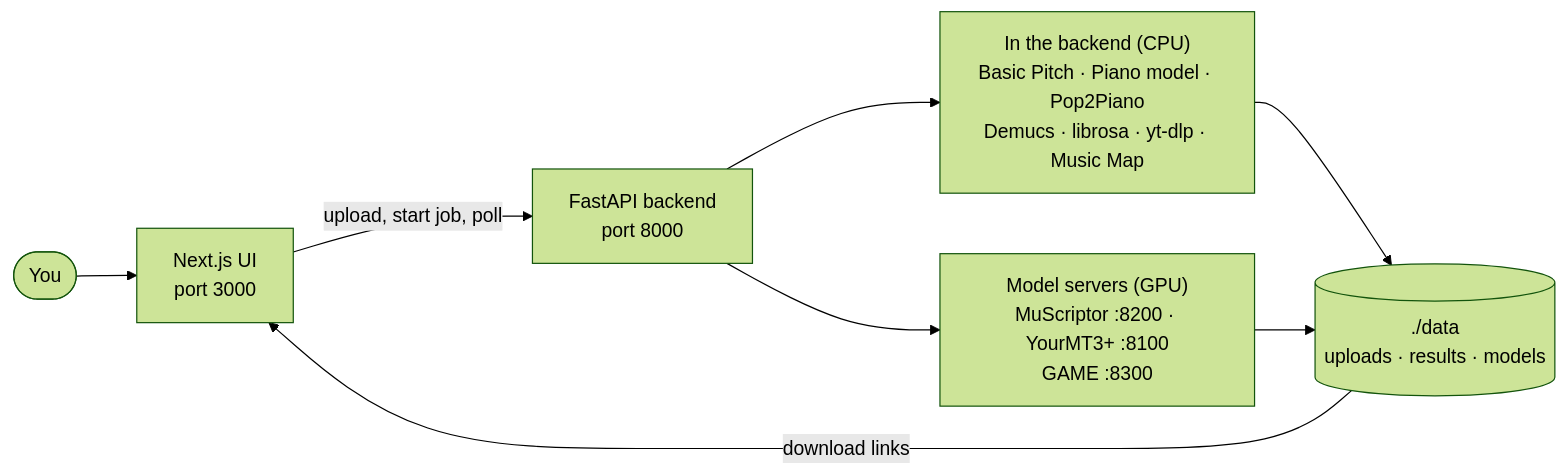
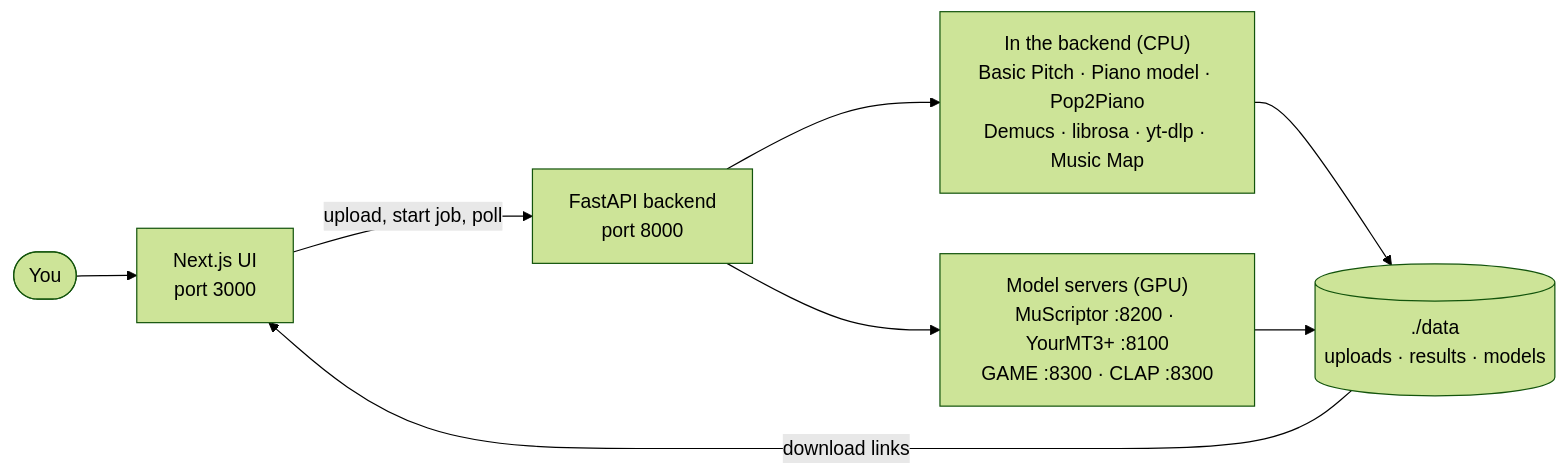
Before and after one commit to agangdut/supermusic: the diagram in README.md, drawn with Mermaid (forest theme). The commit also changed other lines of this file and 62 other files, not shown here.

````diff
--- a/README.md
+++ b/README.md
@@ -118,9 +118,9 @@
 ```mermaid
 flowchart LR
     U([You]) --> FE[Next.js UI<br/>port 3000]
     FE -- "upload, start job, poll" --> API[FastAPI backend<br/>port 8000]
     API --> CPU["In the backend (CPU)<br/>Basic Pitch · Piano model · Pop2Piano<br/>Demucs · librosa · yt-dlp · Music Map"]
-    API --> GPU["Model servers (GPU)<br/>MuScriptor :8200 · YourMT3+ :8100<br/>GAME :8300"]
+    API --> GPU["Model servers (GPU)<br/>MuScriptor :8200 · YourMT3+ :8100<br/>GAME :8300 · CLAP :8300"]
     CPU & GPU --> ART[(./data<br/>uploads · results · models)]
     ART -- "download links" --> FE
 ```
````
